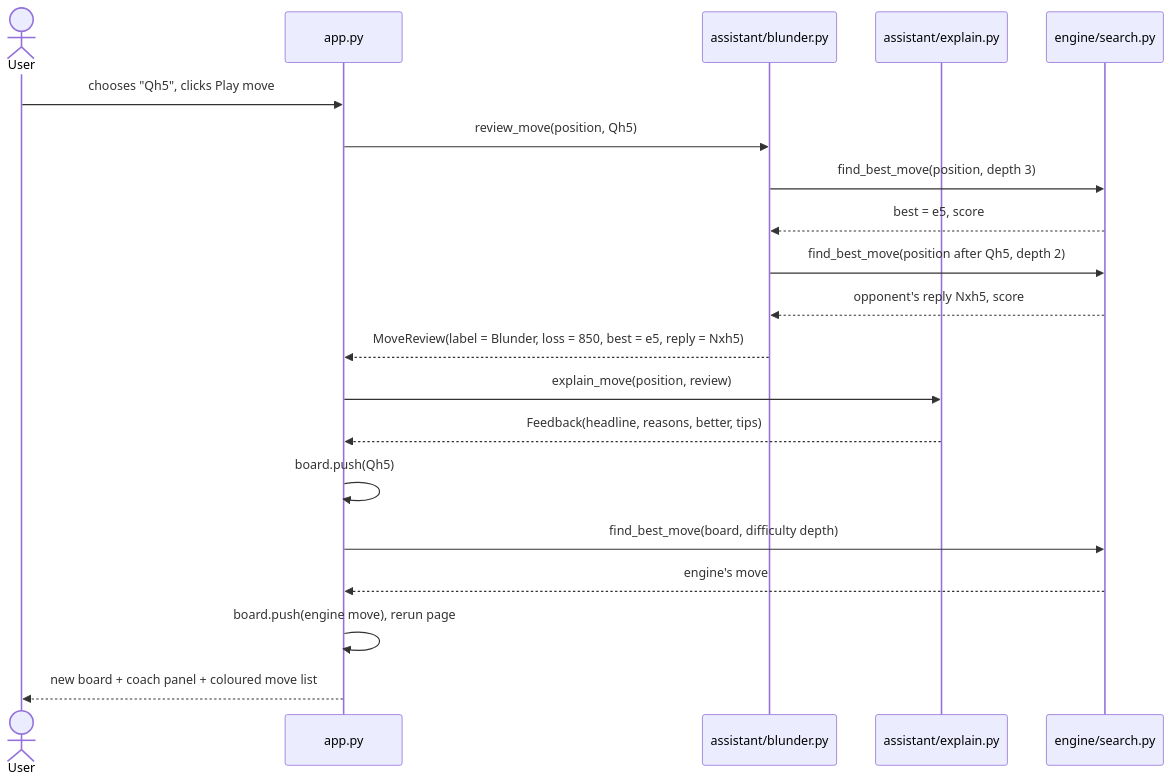
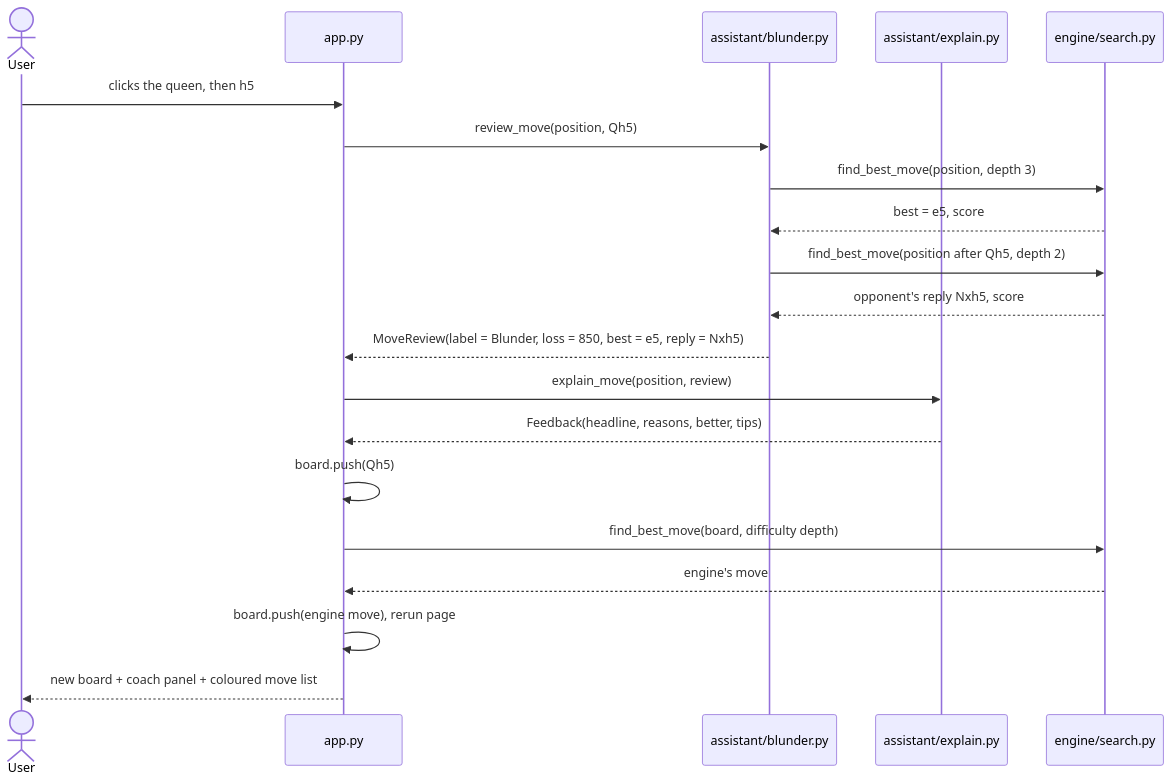
The second of 2 diagrams in docs/JOURNAL.md (astrilo-monk/ai-project-clg), drawn with Mermaid before and after one commit. The commit also changed other lines of this file and 4 other files, not shown here.

````diff
--- a/docs/JOURNAL.md
+++ b/docs/JOURNAL.md
@@ -86,22 +87,22 @@
 ```mermaid
 sequenceDiagram
     actor U as User
     participant A as app.py
     participant B as assistant/blunder.py
     participant X as assistant/explain.py
     participant E as engine/search.py
-    U->>A: chooses "Qh5", clicks Play move
+    U->>A: clicks the queen, then h5
     A->>B: review_move(position, Qh5)
     B->>E: find_best_move(position, depth 3)
     E-->>B: best = e5, score
     B->>E: find_best_move(position after Qh5, depth 2)
     E-->>B: opponent's reply Nxh5, score
     B-->>A: MoveReview(label = Blunder, loss = 850, best = e5, reply = Nxh5)
     A->>X: explain_move(position, review)
     X-->>A: Feedback(headline, reasons, better, tips)
     A->>A: board.push(Qh5)
     A->>E: find_best_move(board, difficulty depth)
     E-->>A: engine's move
     A->>A: board.push(engine move), rerun page
     A-->>U: new board + coach panel + coloured move list
 ```
````
